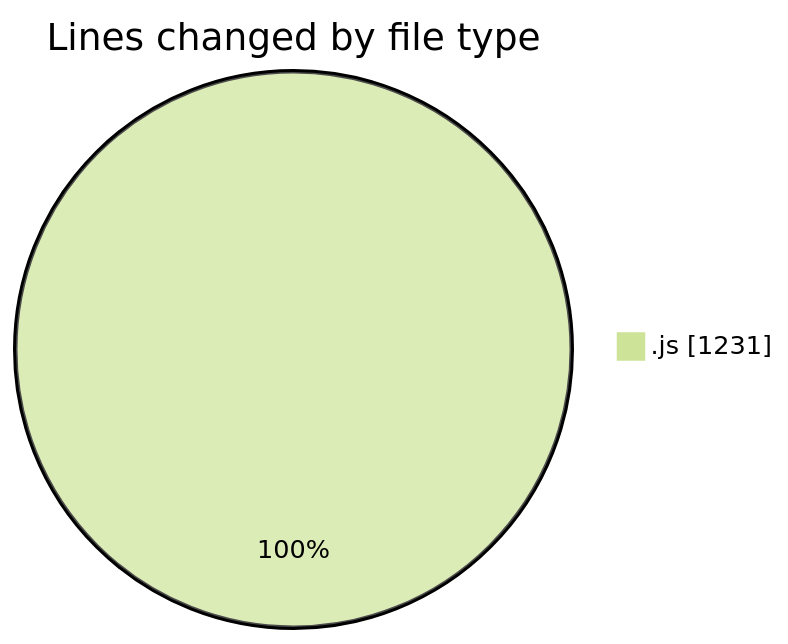
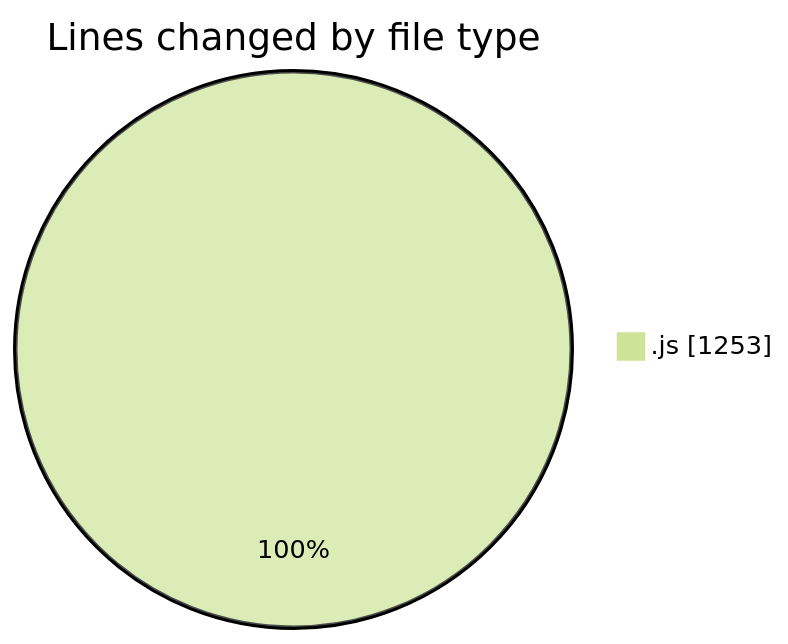
The first of 2 diagrams in 2025-09-08/cashcalculator/README.md (nxtqubesakshisongat/code-tracking), drawn with Mermaid (forest theme) before and after one commit. The commit also changed other lines of this file and 1 other file, not shown here.

````diff
--- a/2025-09-08/cashcalculator/README.md
+++ b/2025-09-08/cashcalculator/README.md
@@ -20,5 +20,5 @@
 ```mermaid
 pie showData
 title Lines changed by file type
-".js" : 1231
+".js" : 1253
 ```
````
